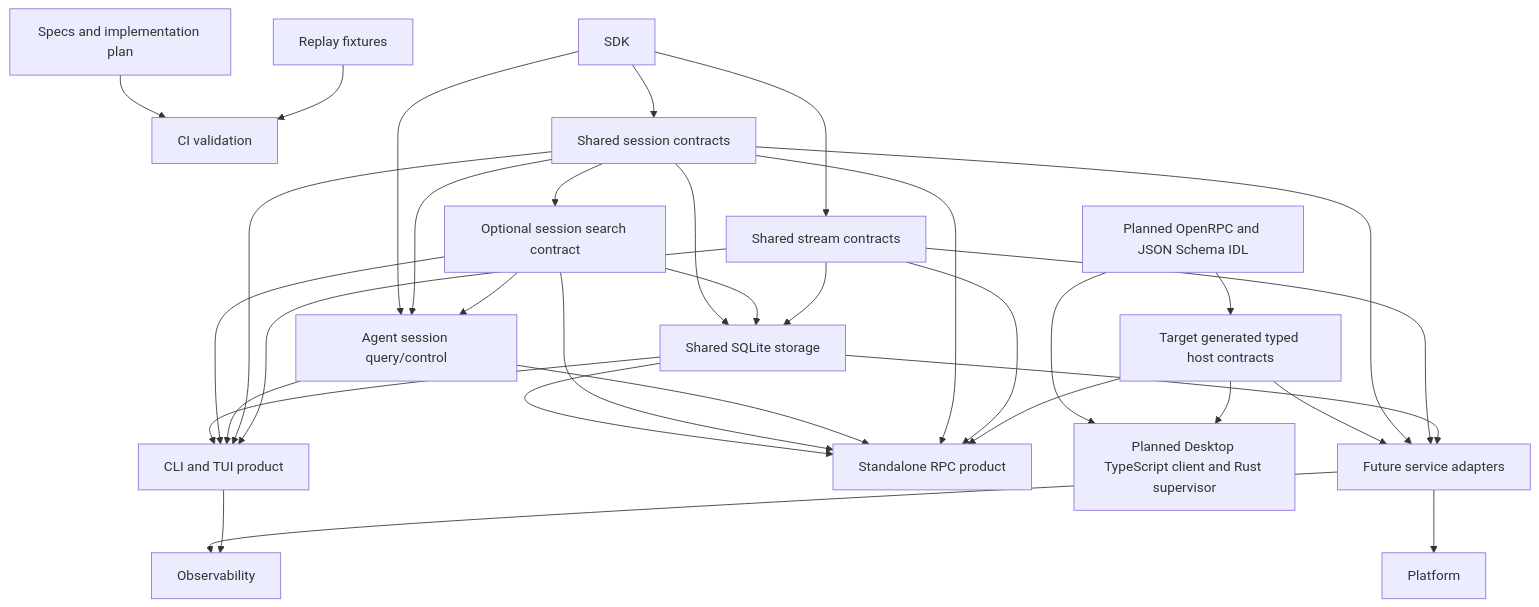
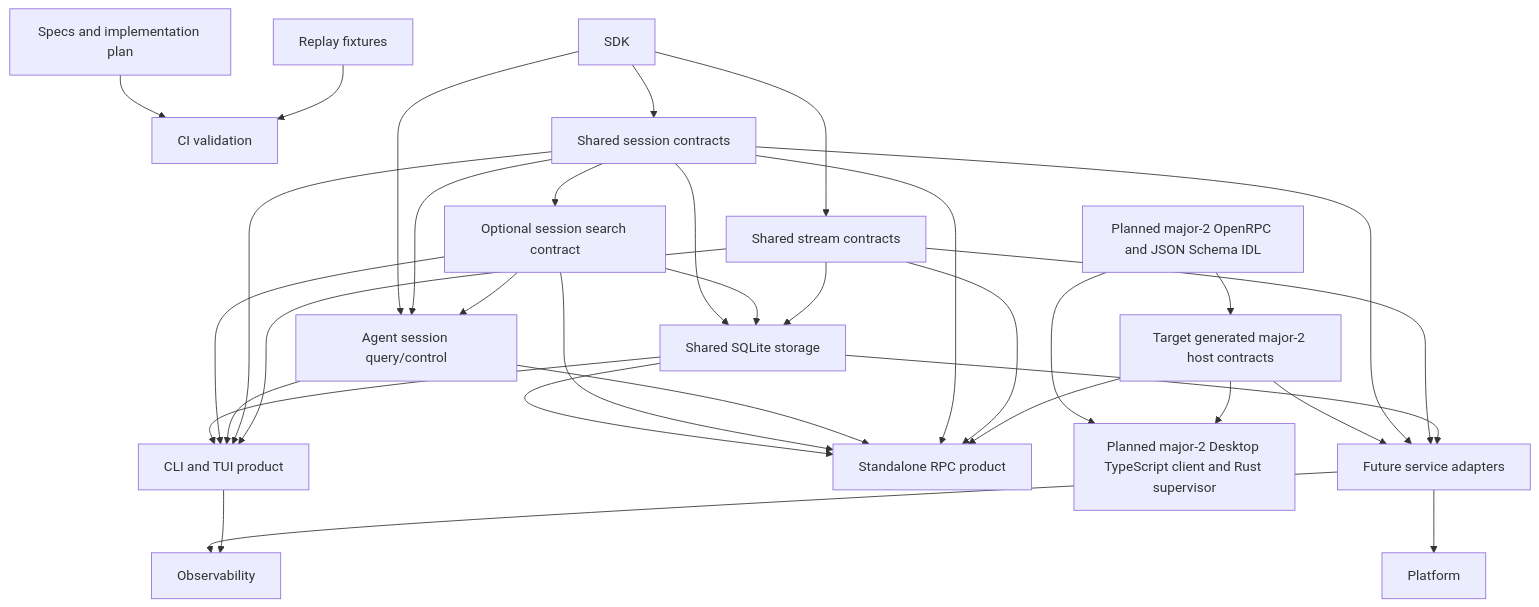
One commit to Wh1isper/starweaver changed the diagram in spec/ops/README.md. Above: the diagram before and after it, drawn with Mermaid. The commit also changed other lines of this file and 13 other files, not shown here.

First line of the commit message:
docs: finalize IDL-first host protocol plan

````diff
--- a/spec/ops/README.md
+++ b/spec/ops/README.md
@@ -26,53 +26,53 @@
 ```mermaid
 flowchart TD
     ci[CI validation]
     replay[Replay fixtures]
     specs[Specs and implementation plan]
     sdk[SDK]
     session[Shared session contracts]
     search[Optional session search contract]
     management[Agent session query/control]
     stream[Shared stream contracts]
     storage[Shared SQLite storage]
     cli[CLI and TUI product]
     rpc[Standalone RPC product]
-    hostidl[Planned OpenRPC and JSON Schema IDL]
-    hostrpc[Target generated typed host contracts]
-    desktop[Planned Desktop TypeScript client and Rust supervisor]
+    hostidl[Planned major-2 OpenRPC and JSON Schema IDL]
+    hostrpc[Target generated major-2 host contracts]
+    desktop[Planned major-2 Desktop TypeScript client and Rust supervisor]
     service[Future service adapters]
     observability[Observability]
     platform[Platform]
 
     specs --> ci
     replay --> ci
     sdk --> session
     sdk --> management
     sdk --> stream
     session --> search
     session --> management
     search --> management
     session --> storage
     search --> storage
     stream --> storage
     storage --> cli
     search --> cli
     management --> cli
     session --> cli
     stream --> cli
     storage --> rpc
     search --> rpc
     management --> rpc
     session --> rpc
     stream --> rpc
     hostidl --> hostrpc
     hostrpc --> rpc
     hostidl --> desktop
     hostrpc --> desktop
     hostrpc --> service
     session --> service
     stream --> service
     storage --> service
     service --> observability
     cli --> observability
     service --> platform
 ```
````
